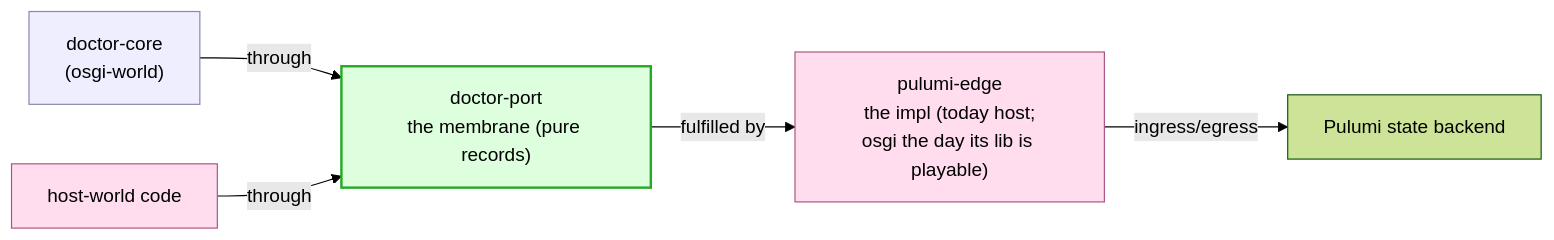
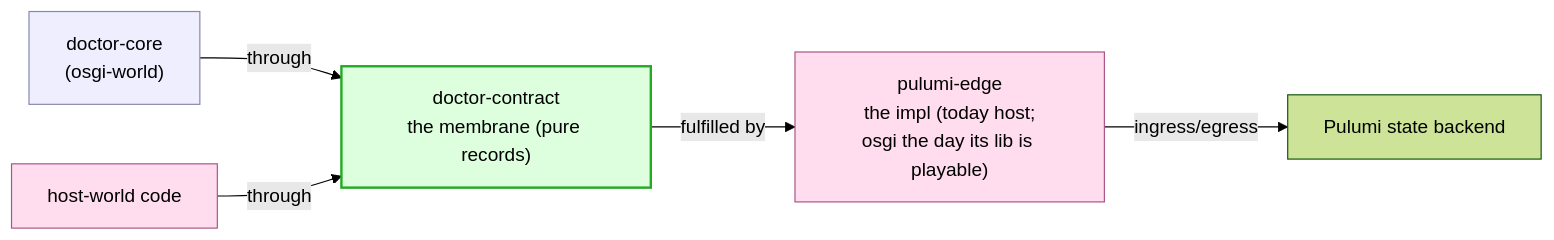
One commit to nxmatic/rke2lab changed the second of 2 diagrams in docs/architecture/patterns/frontier-playability-model.adoc. Above: the diagram before and after it, drawn with Mermaid (forest theme). The commit also changed other lines of this file and 25 other files, not shown here.

```diff
--- a/docs/architecture/patterns/frontier-playability-model.adoc
+++ b/docs/architecture/patterns/frontier-playability-model.adoc
@@ -74,19 +74,19 @@
 [mermaid]
 ....
 flowchart LR
   core["doctor-core<br/>(osgi-world)"]
   hostcode["host-world code"]
-  port["doctor-port<br/>the membrane (pure records)"]
+  port["doctor-contract<br/>the membrane (pure records)"]
   edge["pulumi-edge<br/>the impl (today host;<br/>osgi the day its lib is playable)"]
   world["Pulumi state backend"]
   core -->|through| port
   hostcode -->|through| port
   port -->|fulfilled by| edge
   edge -->|ingress/egress| world
   classDef o fill:#eef,stroke:#88a,stroke-width:1px;
   classDef h fill:#fde,stroke:#a58,stroke-width:1px;
   classDef m fill:#dfd,stroke:#2a2,stroke-width:2px;
   class core o;
   class hostcode,edge h;
   class port m;
 ....
```
